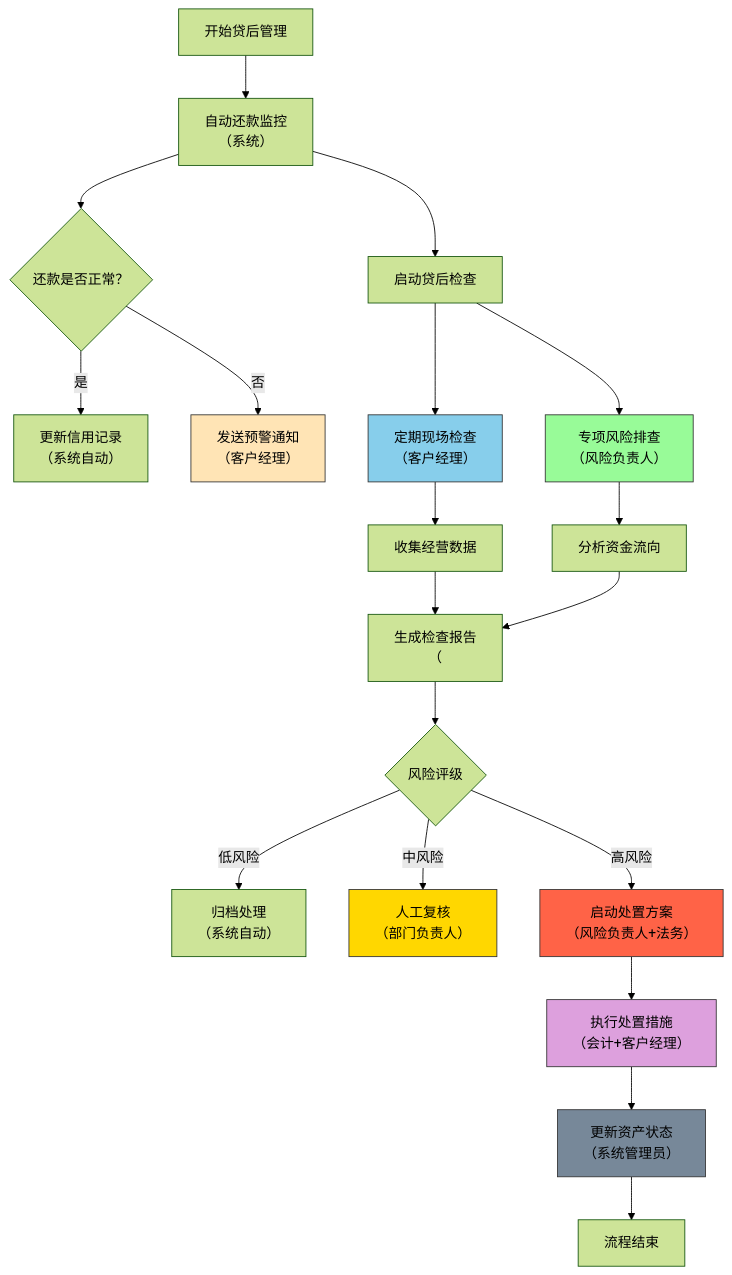
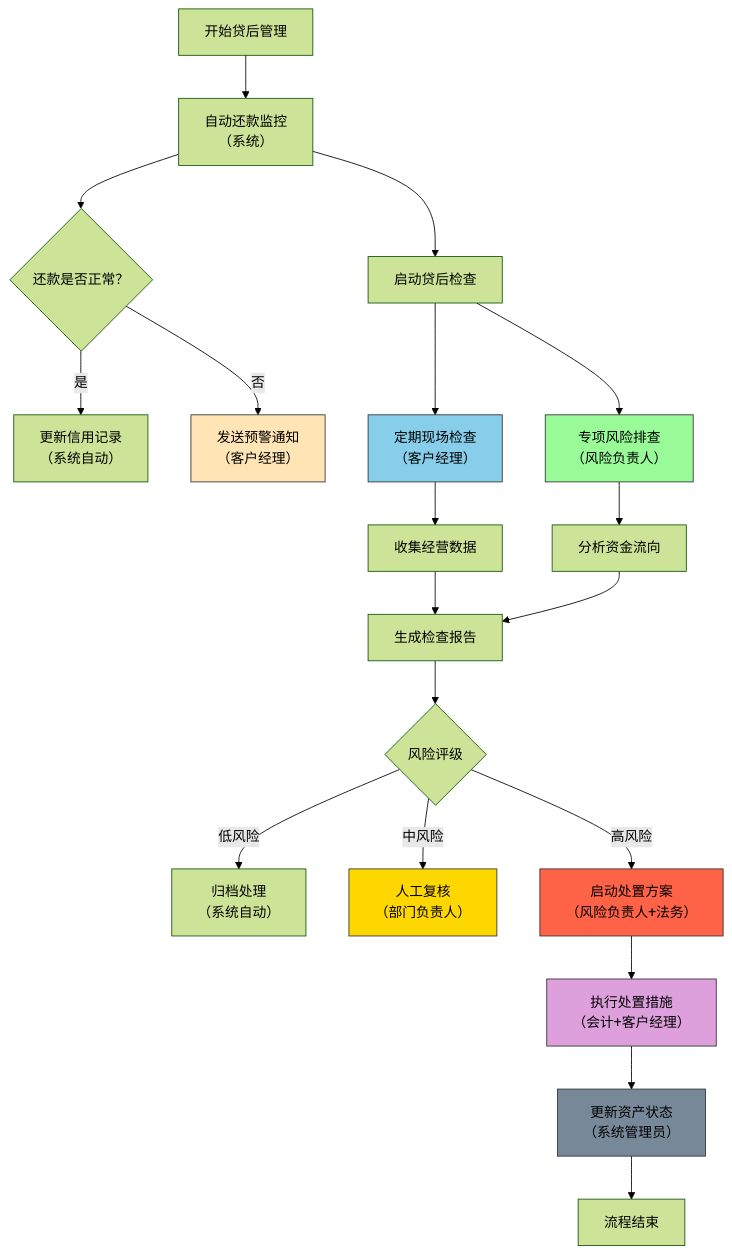
Before and after one commit to skyopk/iodraw-files: the diagram in all/未命名-1.md, drawn with Mermaid (forest theme).

Commit message:
2025-03-20 10:21:40 update

````diff
--- a/all/未命名-1.md
+++ b/all/未命名-1.md
@@ -1,33 +1,33 @@
 ```mermaid
 graph TD
     A[开始贷后管理] --> B[自动还款监控<br>（系统）]
     B --> C{还款是否正常？}
     C -->|是| D[更新信用记录<br>（系统自动）]
     C -->|否| E[发送预警通知<br>（客户经理）]
     
     B --> F[启动贷后检查]
     F --> G[定期现场检查<br>（客户经理）]
     F --> H[专项风险排查<br>（风险负责人）]
     
     G --> I[收集经营数据]
     H --> J[分析资金流向]
     
-    I & J --> K[生成检查报告<br>（]
+    I & J --> K[生成检查报告]
     K --> L{风险评级}
     
     L -->|低风险| M[归档处理<br>（系统自动）]
     L -->|中风险| N[人工复核<br>（部门负责人）]
     L -->|高风险| O[启动处置方案<br>（风险负责人+法务）]
     
     O --> P[执行处置措施<br>（会计+客户经理）]
     P --> Q[更新资产状态<br>（系统管理员）]
     Q --> R[流程结束]
     
     style E fill:#FFE4B5,stroke:#333
     style G fill:#87CEEB,stroke:#333
     style H fill:#98FB98,stroke:#333
     style N fill:#FFD700,stroke:#333
     style O fill:#FF6347,stroke:#333
     style P fill:#DDA0DD,stroke:#333
     style Q fill:#778899,stroke:#333
 ```
````
